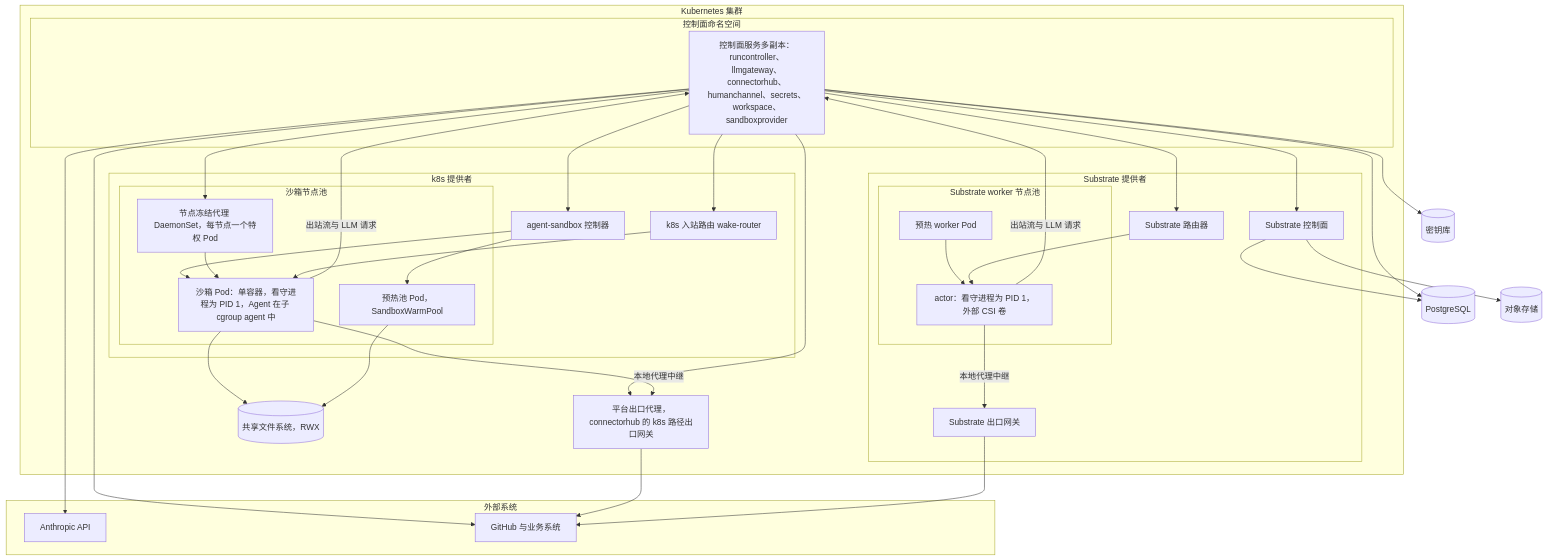
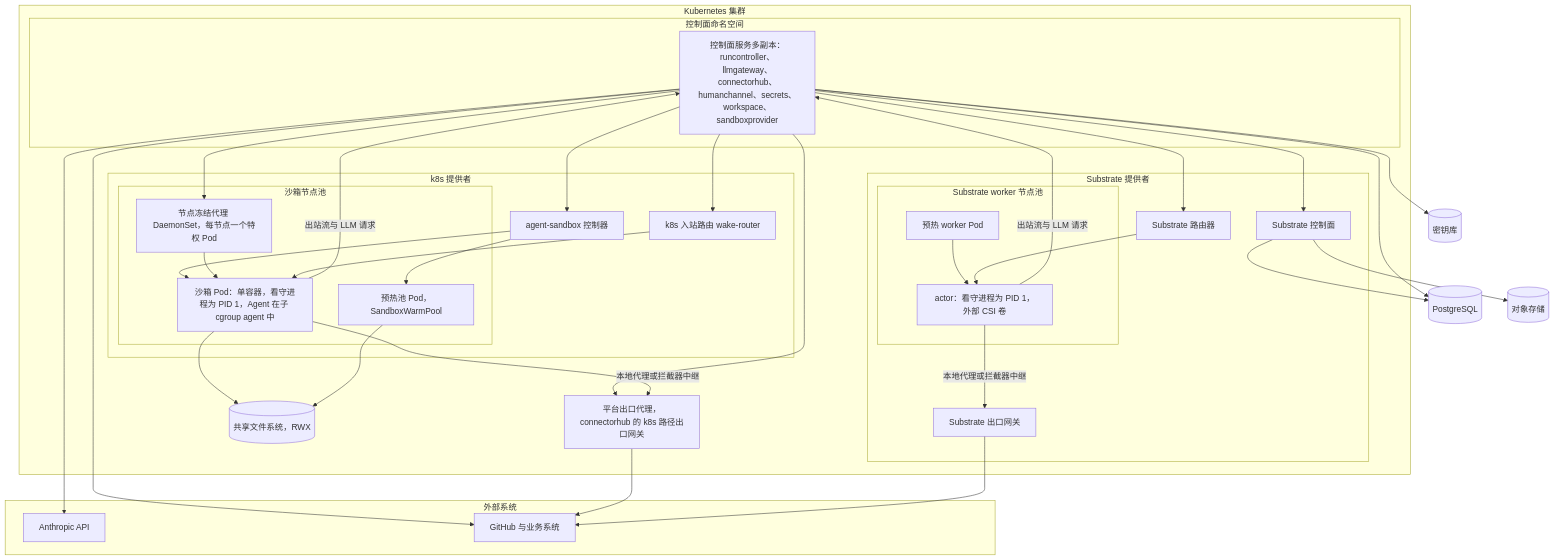
One commit to wangzw/castworks changed the fourth of 8 diagrams in docs/design/architecture.md. Above: the diagram before and after it, drawn with Mermaid. The commit also changed other lines of this file and 20 other files, not shown here.

````diff
--- a/docs/design/architecture.md
+++ b/docs/design/architecture.md
@@ -247,61 +247,61 @@
 ```mermaid
 graph TD
     subgraph cluster["Kubernetes 集群"]
         subgraph cpns["控制面命名空间"]
             cpsvc["控制面服务多副本：runcontroller、llmgateway、connectorhub、humanchannel、secrets、workspace、sandboxprovider"]
         end
         eproxy["平台出口代理，connectorhub 的 k8s 路径出口网关"]
         subgraph k8sprov["k8s 提供者"]
             asc["agent-sandbox 控制器"]
             k8srouter["k8s 入站路由 wake-router"]
             subgraph sbpool["沙箱节点池"]
                 nfa["节点冻结代理 DaemonSet，每节点一个特权 Pod"]
                 sbpod["沙箱 Pod：单容器，看守进程为 PID 1，Agent 在子 cgroup agent 中"]
                 warm["预热池 Pod，SandboxWarmPool"]
             end
         end
         subgraph subprov["Substrate 提供者"]
             scp["Substrate 控制面"]
             router["Substrate 路由器"]
             egw["Substrate 出口网关"]
             subgraph wpool["Substrate worker 节点池"]
                 worker["预热 worker Pod"]
                 actor["actor：看守进程为 PID 1，外部 CSI 卷"]
             end
         end
         sharedfs[("共享文件系统，RWX")]
     end
     pg[("PostgreSQL")]
     obj[("对象存储")]
     vault[("密钥库")]
     subgraph ext["外部系统"]
         anthropic["Anthropic API"]
         github["GitHub 与业务系统"]
     end
     cpsvc --> pg
     cpsvc --> vault
     cpsvc --> anthropic
     cpsvc --> github
     cpsvc --> asc
     cpsvc --> nfa
     cpsvc --> k8srouter
     cpsvc --> eproxy
     cpsvc --> scp
     cpsvc --> router
     asc --> sbpod
     asc --> warm
     nfa --> sbpod
     k8srouter --> sbpod
     sbpod --> sharedfs
     warm --> sharedfs
     sbpod -->|"出站流与 LLM 请求"| cpsvc
-    sbpod -->|"本地代理中继"| eproxy
+    sbpod -->|"本地代理或拦截器中继"| eproxy
     eproxy --> github
     worker --> actor
     router --> actor
     actor -->|"出站流与 LLM 请求"| cpsvc
-    actor -->|"本地代理中继"| egw
+    actor -->|"本地代理或拦截器中继"| egw
     egw --> github
     scp --> obj
     scp --> pg
 ```
````
